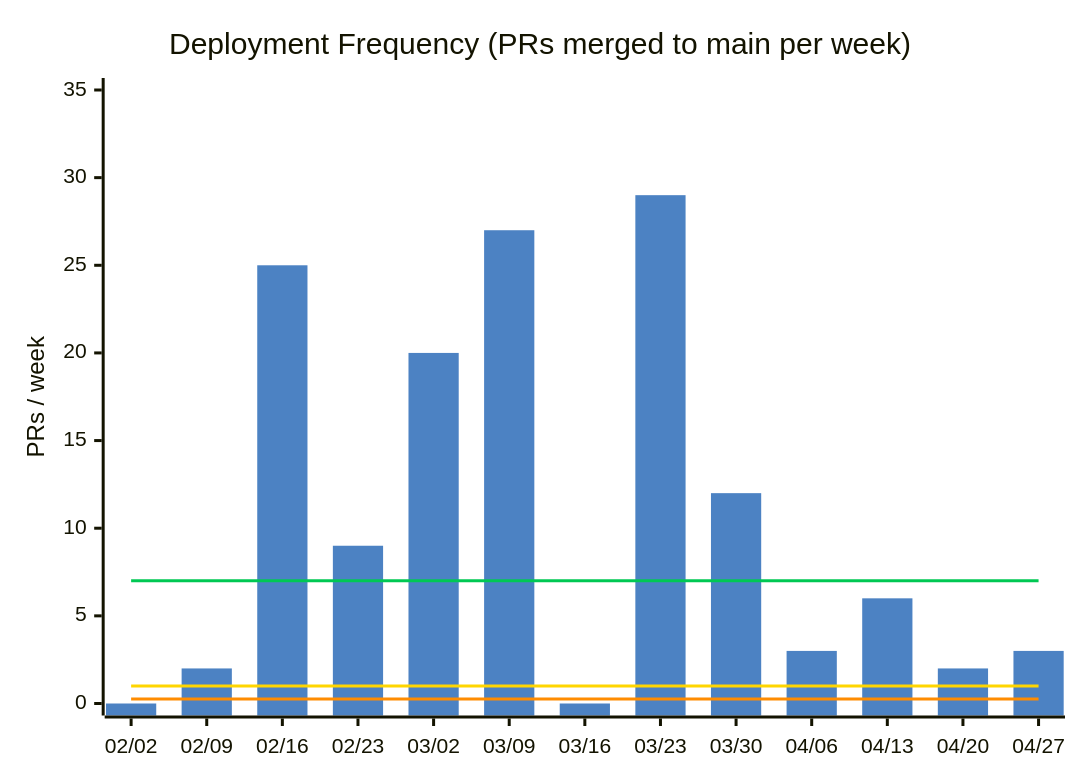
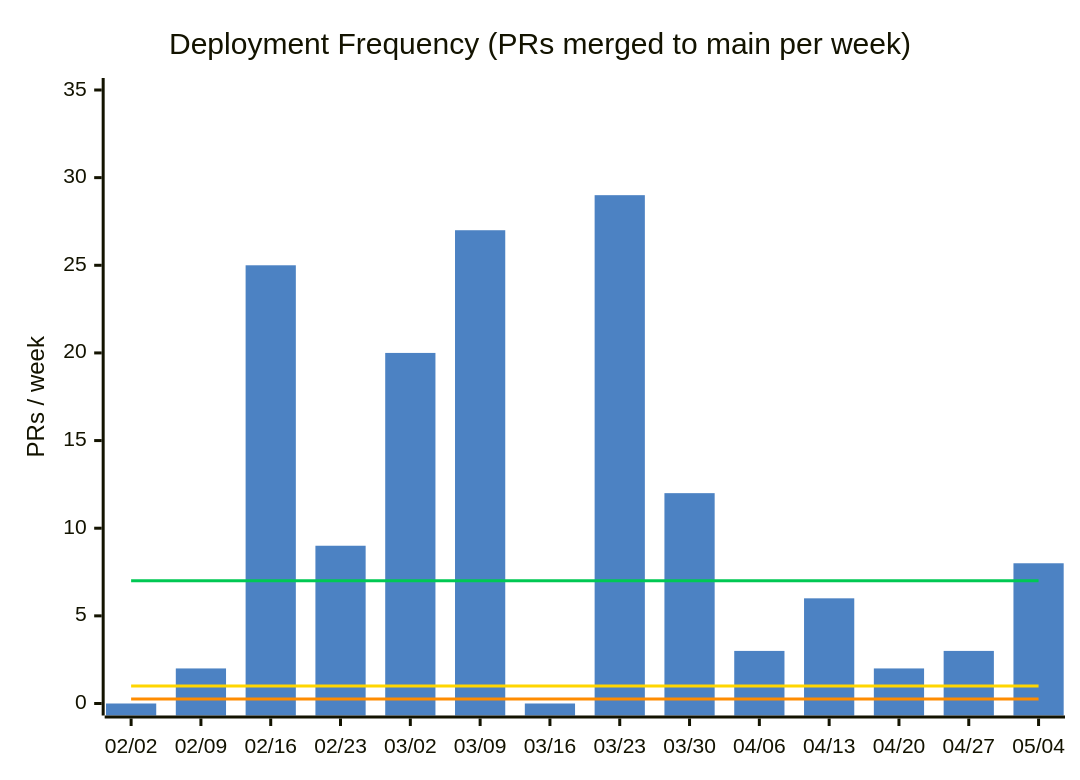
One commit to nablarch/nabledge-dev changed the first of 14 diagrams in docs/metrics.md. Above: the diagram before and after it, drawn with Mermaid. The commit also changed other lines of this file and 2 other files, not shown here.

````diff
--- a/docs/metrics.md
+++ b/docs/metrics.md
@@ -37,11 +37,11 @@
 ```mermaid
 %%{init: {'theme': 'base', 'themeVariables': {'xyChart': {'plotColorPalette': '#4C82C3,#00C853,#FFD600,#FF8C00'}}}}%%
 xychart-beta
   title "Deployment Frequency (PRs merged to main per week)"
-  x-axis ["02/02", "02/09", "02/16", "02/23", "03/02", "03/09", "03/16", "03/23", "03/30", "04/06", "04/13", "04/20", "04/27"]
+  x-axis ["02/02", "02/09", "02/16", "02/23", "03/02", "03/09", "03/16", "03/23", "03/30", "04/06", "04/13", "04/20", "04/27", "05/04"]
   y-axis "PRs / week" 0 --> 35
-  bar [0, 2, 25, 9, 20, 27, 0, 29, 12, 3, 6, 2, 3]
-  line [7, 7, 7, 7, 7, 7, 7, 7, 7, 7, 7, 7, 7]
-  line [1, 1, 1, 1, 1, 1, 1, 1, 1, 1, 1, 1, 1]
-  line [0.25, 0.25, 0.25, 0.25, 0.25, 0.25, 0.25, 0.25, 0.25, 0.25, 0.25, 0.25, 0.25]
+  bar [0, 2, 25, 9, 20, 27, 0, 29, 12, 3, 6, 2, 3, 8]
+  line [7, 7, 7, 7, 7, 7, 7, 7, 7, 7, 7, 7, 7, 7]
+  line [1, 1, 1, 1, 1, 1, 1, 1, 1, 1, 1, 1, 1, 1]
+  line [0.25, 0.25, 0.25, 0.25, 0.25, 0.25, 0.25, 0.25, 0.25, 0.25, 0.25, 0.25, 0.25, 0.25]
 ```
````
